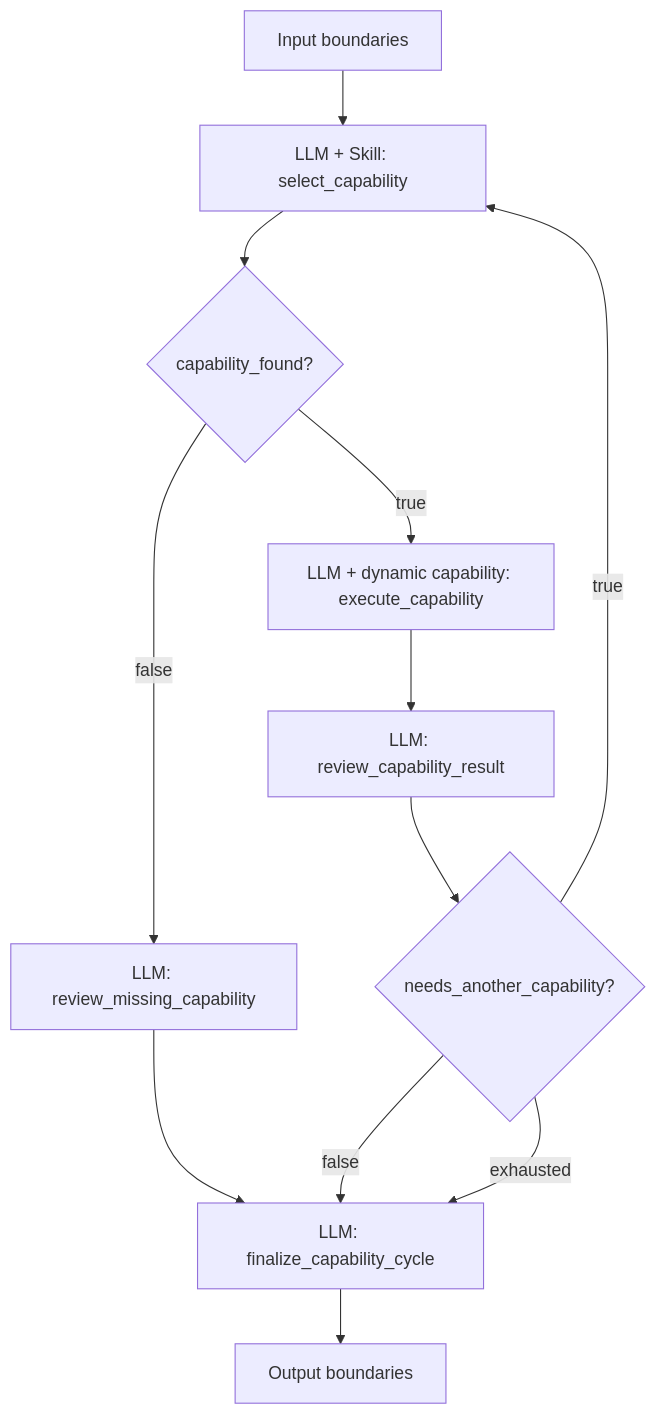
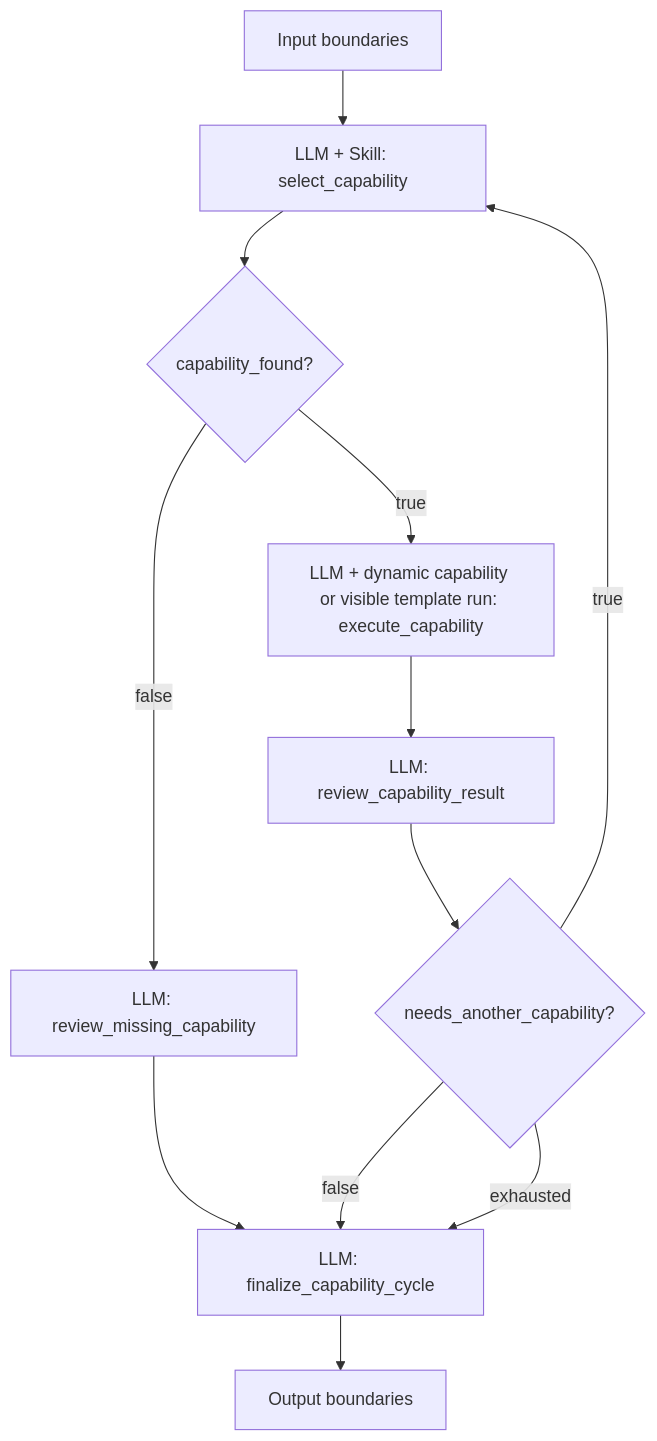
Before and after one commit to OoABYSSoO/TooGraph: the third of 4 diagrams in docs/future/buddy-autonomous-agent-roadmap.md, drawn with Mermaid. The commit also changed other lines of this file, not shown here.

Commit message:
明确伙伴可见运行图模板流程

````diff
--- a/docs/future/buddy-autonomous-agent-roadmap.md
+++ b/docs/future/buddy-autonomous-agent-roadmap.md
@@ -253,14 +255,14 @@
 ```mermaid
 flowchart TD
   A[Input boundaries] --> S[LLM + Skill: select_capability]
   S --> F{capability_found?}
   F -- false --> G[LLM: review_missing_capability]
   G --> Z[LLM: finalize_capability_cycle]
-  F -- true --> X[LLM + dynamic capability: execute_capability]
+  F -- true --> X[LLM + dynamic capability or visible template run: execute_capability]
   X --> R[LLM: review_capability_result]
   R --> C{needs_another_capability?}
   C -- true --> S
   C -- false --> Z
   C -- exhausted --> Z
   Z --> O[Output boundaries]
 ```
````
